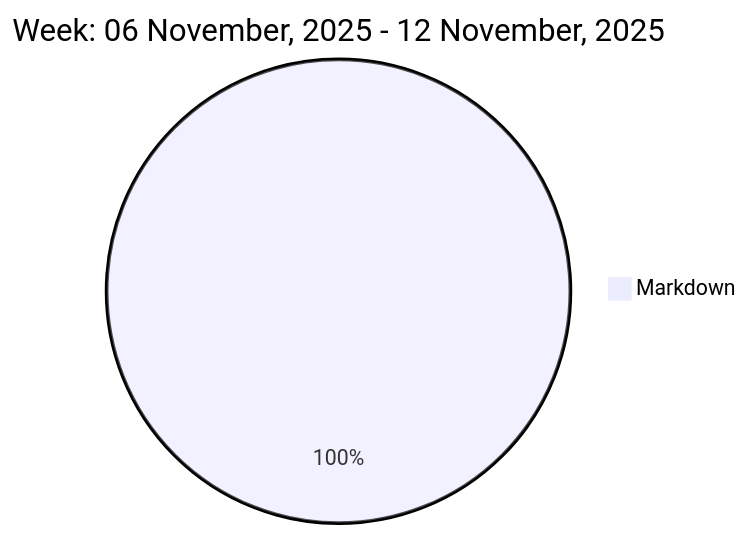
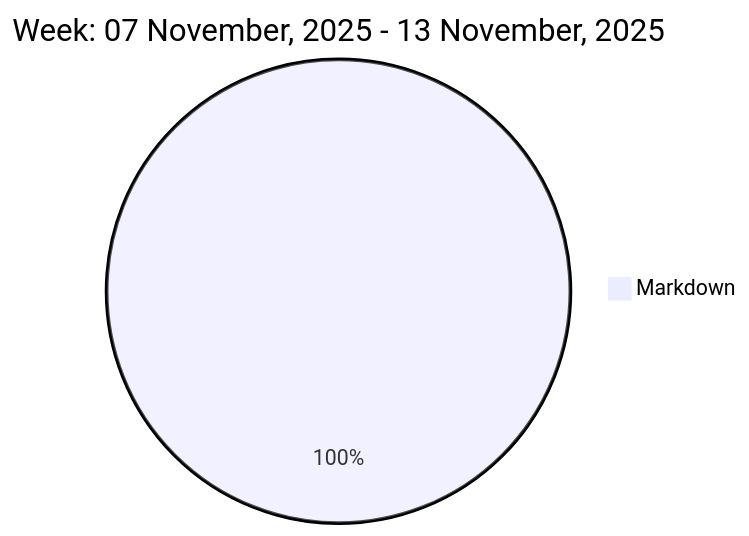
Before and after one commit to liubin95/liubin95: the diagram in README.md, drawn with Mermaid.

Commit message:
Updated the Graph with new Metrics

````diff
--- a/README.md
+++ b/README.md
@@ -37,5 +37,5 @@
 ```mermaid
  pie
-title Week: 06 November, 2025 - 12 November, 2025
- "Markdown" : 1.77
+title Week: 07 November, 2025 - 13 November, 2025
+ "Markdown" : 2.05
 ```
````
